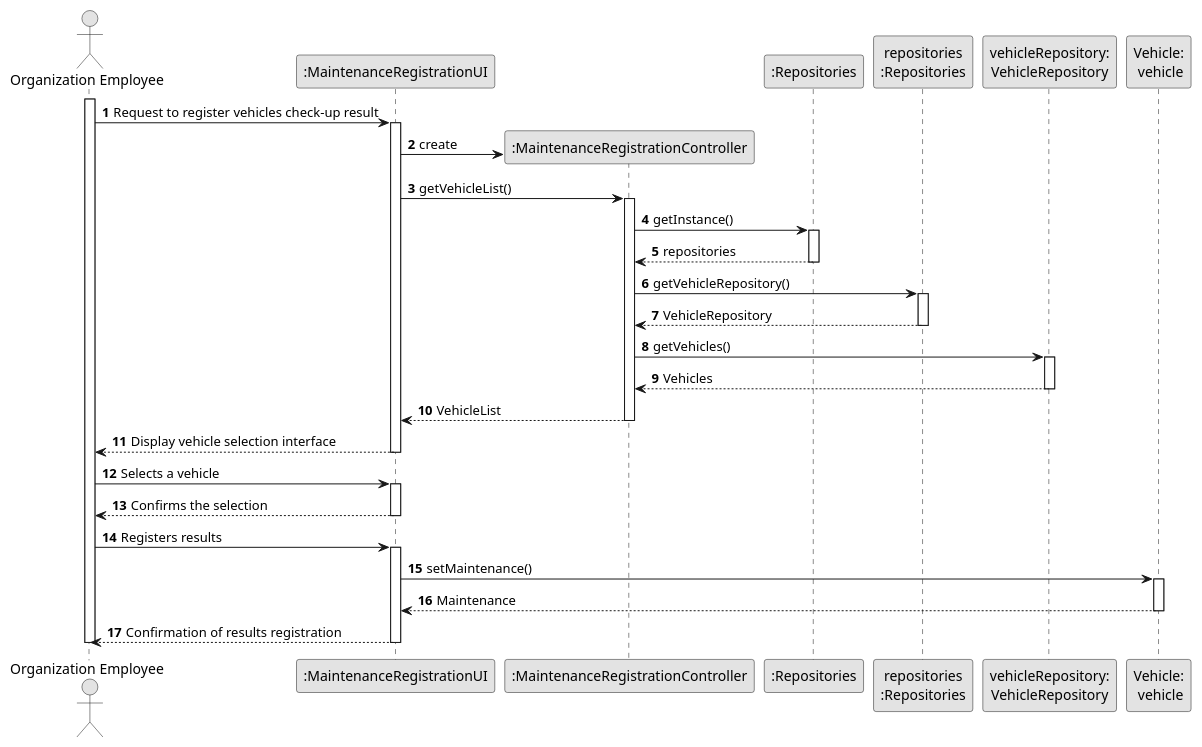
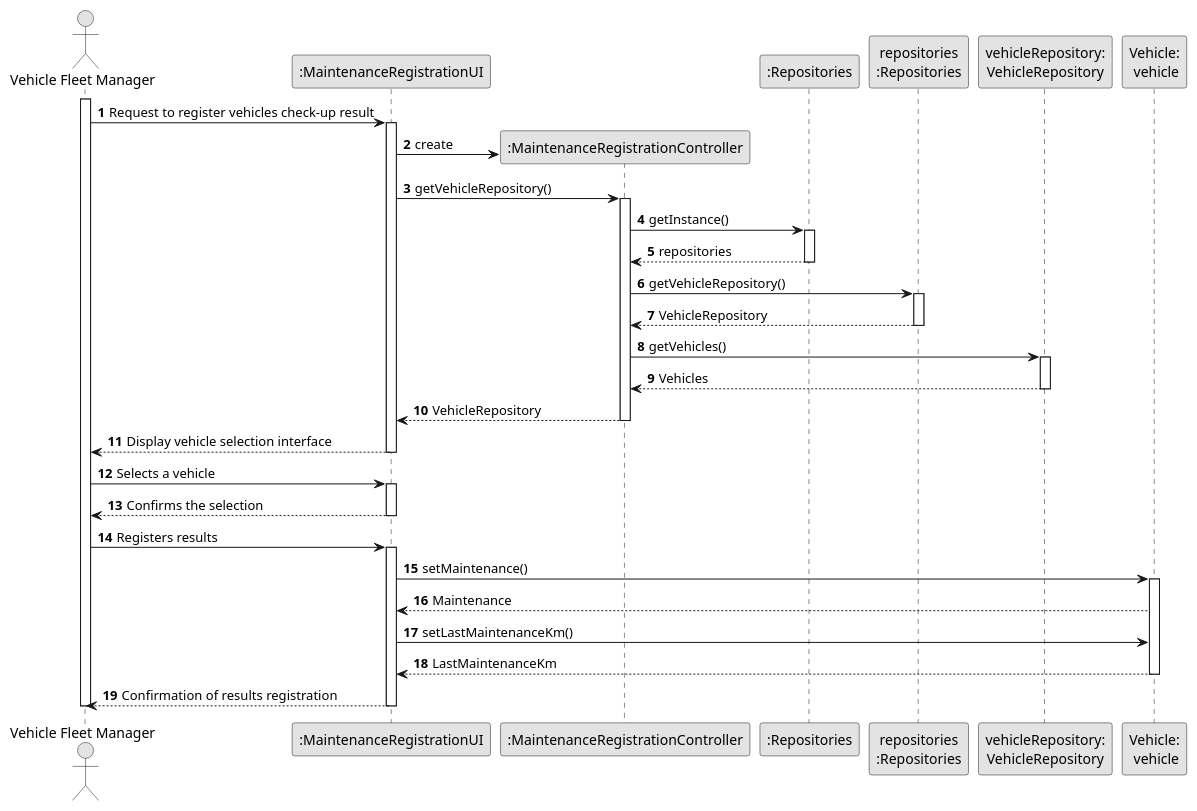
Before and after one commit to Departamento-de-Engenharia-Informatica/lei-24-s2-1df-1de-g063: the diagram in docs/sprintB/us007/03.design/puml/us007-sequence-diagram-full.puml, drawn with PlantUML. The commit also changed 14 other files, not shown here.

Commit message:
Sequence Diagram splits us08 e us07

```diff
--- a/docs/sprintB/us007/03.design/puml/us007-sequence-diagram-full.puml
+++ b/docs/sprintB/us007/03.design/puml/us007-sequence-diagram-full.puml
@@ -1,73 +1,77 @@
 @startuml
 skinparam monochrome true
 skinparam packageStyle rectangle
 skinparam shadowing false
 
 autonumber
 
 'hide footbox
-actor "Organization Employee" as ADM
+actor "Vehicle Fleet Manager" as ADM
 participant ":MaintenanceRegistrationUI" as UI
 participant ":MaintenanceRegistrationController" as CTRL
 participant ":Repositories" as RepositorySingleton
 participant "repositories\n:Repositories" as PLAT
 participant "vehicleRepository:\nVehicleRepository" as VehicleRepository
 participant "Vehicle:\n vehicle" as Vehicle
 activate ADM
 
     ADM -> UI : Request to register vehicles check-up result
 
     activate UI
 
         UI -> CTRL** : create
 
-        UI -> CTRL : getVehicleList()
+        UI -> CTRL : getVehicleRepository()
         activate CTRL
 
             CTRL -> RepositorySingleton : getInstance()
             activate RepositorySingleton
 
                 RepositorySingleton --> CTRL: repositories
             deactivate RepositorySingleton
 
             CTRL -> PLAT : getVehicleRepository()
             activate PLAT
 
                 PLAT --> CTRL: VehicleRepository
             deactivate PLAT
 
             CTRL -> VehicleRepository : getVehicles()
             activate VehicleRepository
 
                 VehicleRepository --> CTRL : Vehicles
             deactivate VehicleRepository
 
 
-            CTRL --> UI : VehicleList
+            CTRL --> UI : VehicleRepository
         deactivate CTRL
 
         UI --> ADM : Display vehicle selection interface
     deactivate UI
 
     ADM -> UI : Selects a vehicle
     activate UI
 
         UI --> ADM :Confirms the selection
     deactivate UI
 
     ADM -> UI : Registers results
     activate UI
 
         UI -> Vehicle : setMaintenance()
         activate Vehicle
 
         Vehicle --> UI : Maintenance
+
+        UI -> Vehicle : setLastMaintenanceKm()
+
+        Vehicle --> UI : LastMaintenanceKm
         deactivate Vehicle
         UI --> ADM : Confirmation of results registration
     deactivate UI
 
 
 
 deactivate ADM
 
 @enduml
```
